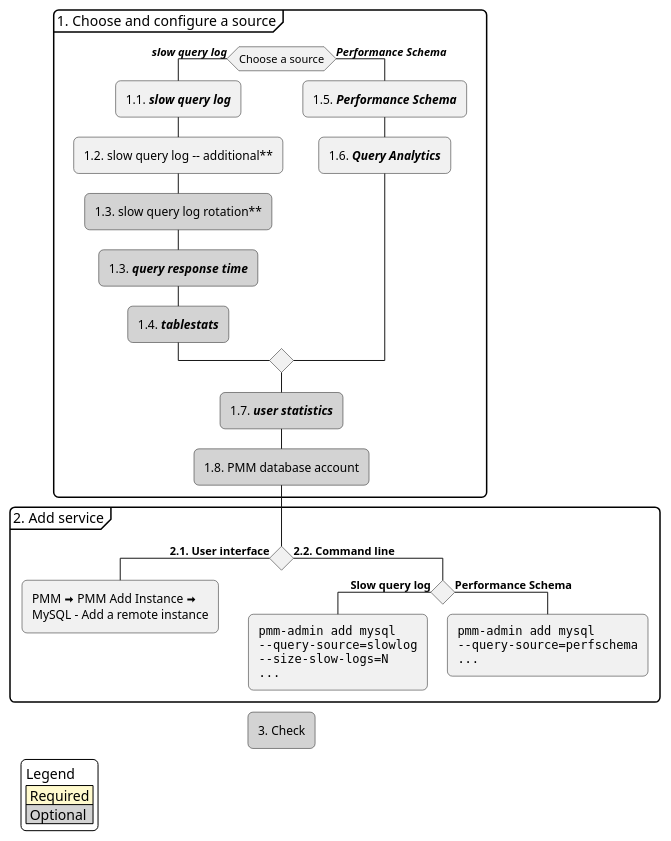
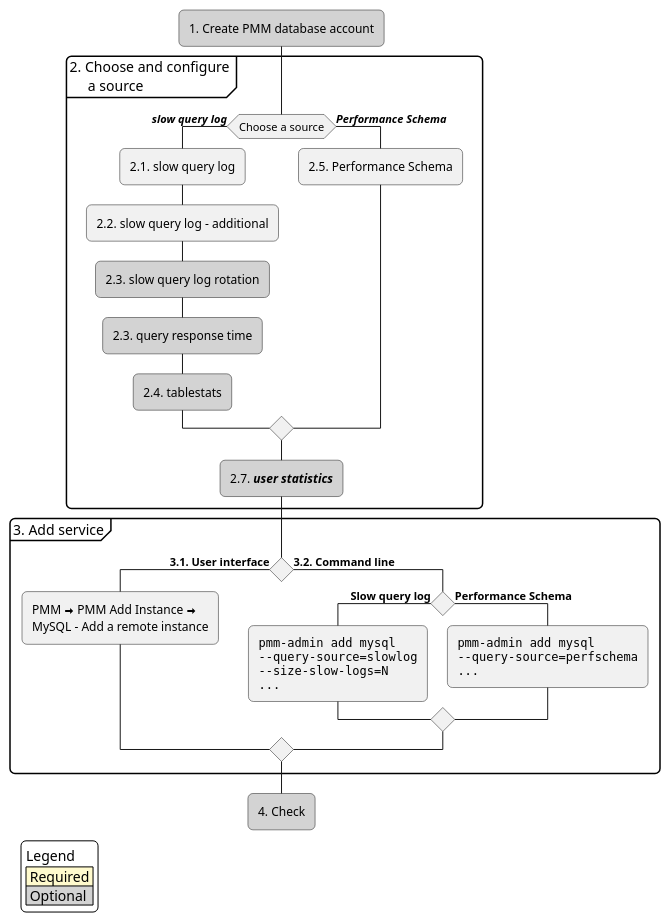
One commit to percona/pmm-doc changed the diagram in _resources/diagrams/Setting-Up_Client_MySQL.puml. Above: the diagram before and after it, drawn with PlantUML. The commit also changed 2 other files, not shown here.

```diff
--- a/_resources/diagrams/Setting-Up_Client_MySQL.puml
+++ b/_resources/diagrams/Setting-Up_Client_MySQL.puml
@@ -6,49 +6,46 @@
 @startuml "setting-up_client_mysql"
 skinparam ArrowHeadColor none
 skinparam roundCorner 10
 skinparam legendBackgroundColor #0000
 'title "Setting up PMM Client to monitor a MySQL host\nOverview\n"
 legend bottom left
 Legend
 <#lemonchiffon>| Required |
 <#lightgrey>| Optional |
 endlegend
 
-partition "1. Choose and configure a source" {
+#lightgrey:1. Create PMM database account;
+partition "2. Choose and configure\n     a source" {
 	if (Choose a source) then (**//slow query log//**)
-		:1.1. **//slow query log//**;
-		:1.2. slow query log -- additional**;
-		#lightgrey:1.3. slow query log rotation**;
-		#lightgrey:1.3. **//query response time//**;
-		#lightgrey:1.4. **//tablestats//**;
+		:2.1. slow query log;
+		:2.2. slow query log - additional;
+		#lightgrey:2.3. slow query log rotation;
+		#lightgrey:2.3. query response time;
+		#lightgrey:2.4. tablestats;
 	else (**//Performance Schema//**)
-		:1.5. **//Performance Schema//**;
-		:1.6. **//Query Analytics//**;
+		:2.5. Performance Schema;
 	endif
-	#lightgrey:1.7. **//user statistics//**;
-	#lightgrey:1.8. PMM database account;
+	#lightgrey:2.7. **//user statistics//**;
 }
-partition "2. Add service" {
-	if () then (**2.1. User interface**)
+partition "3. Add service" {
+	if () then (**3.1. User interface**)
 		:PMM <&arrow-thick-right> PMM Add Instance <&arrow-thick-right>\nMySQL - Add a remote instance;
-		kill
-	else (**2.2. Command line**)
+	else (**3.2. Command line**)
 		if () then (**Slow query log**)
 			:<code>
 			pmm-admin add mysql
 			--query-source=slowlog
 			--size-slow-logs=N
 			...
 			</code>;
 		else (**Performance Schema**)
 			:<code>
 			pmm-admin add mysql
 			--query-source=perfschema
 			...
 			</code>;
 		endif
-		kill
 	endif
 }
-#lightgrey:3. Check;
+#lightgrey:4. Check;
 @enduml
```
